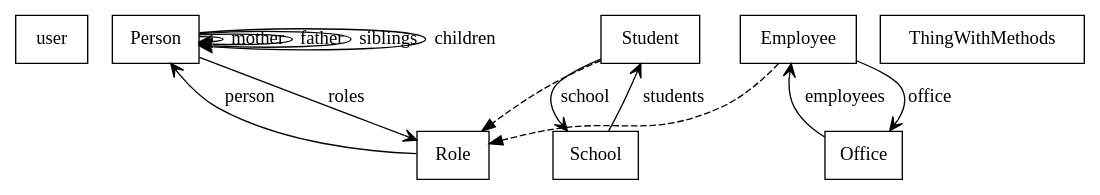
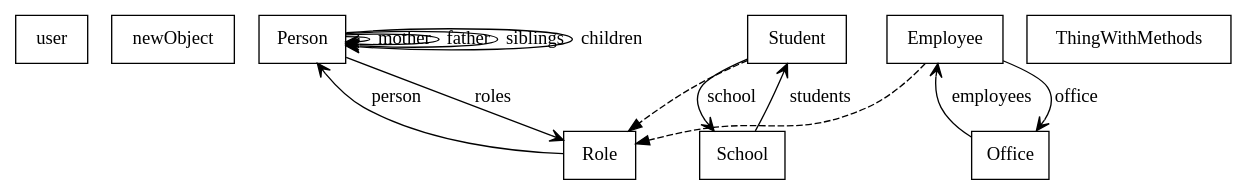
Before and after one commit to louiz/litesql: the diagram in src/examples/exampledatabase.dot, drawn with Graphviz. The commit also changed 12 other files, not shown here.

```diff
--- a/src/examples/exampledatabase.dot
+++ b/src/examples/exampledatabase.dot
@@ -1,27 +1,28 @@
 digraph database {
   node[shape=box,color=black];
   subgraph inheritance {
     edge[style=dashed,dir=forward,arrowhead=normal];
     "user";
+    "newObject";
     "Person";
     "Role";
     "Student" -> "Role";
     "Employee" -> "Role";
     "School";
     "Office";
     "ThingWithMethods";
   }
   subgraph relations {
     edge[dir=forward,arrowhead=vee];
     "Person" -> "Person" [label="mother"];
     "Person" -> "Person" [label="father"];
     "Person" -> "Person" [label="siblings"];
     "Person" -> "Person" [label="children"];
     "Person" -> "Role" [label="roles"];
     "Role" -> "Person" [label="person"];
     "School" -> "Student" [label="students"];
     "Student" -> "School" [label="school"];
     "Employee" -> "Office" [label="office"];
     "Office" -> "Employee" [label="employees"];
   }
 }
```
